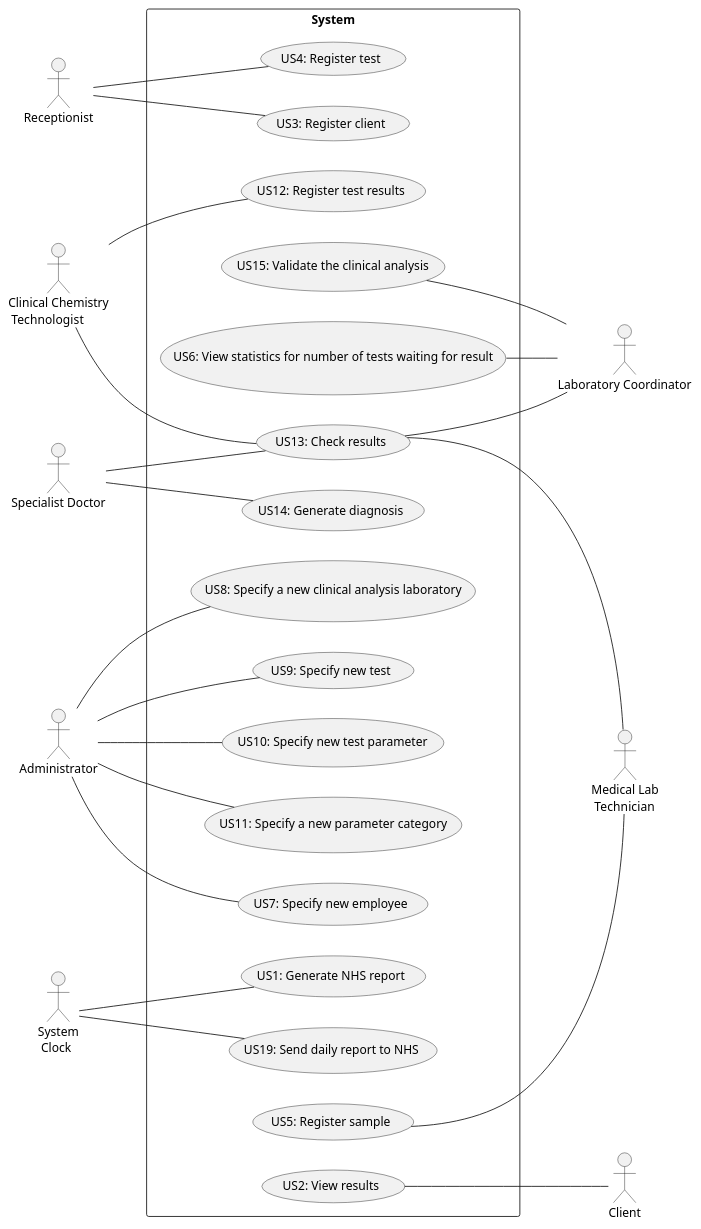
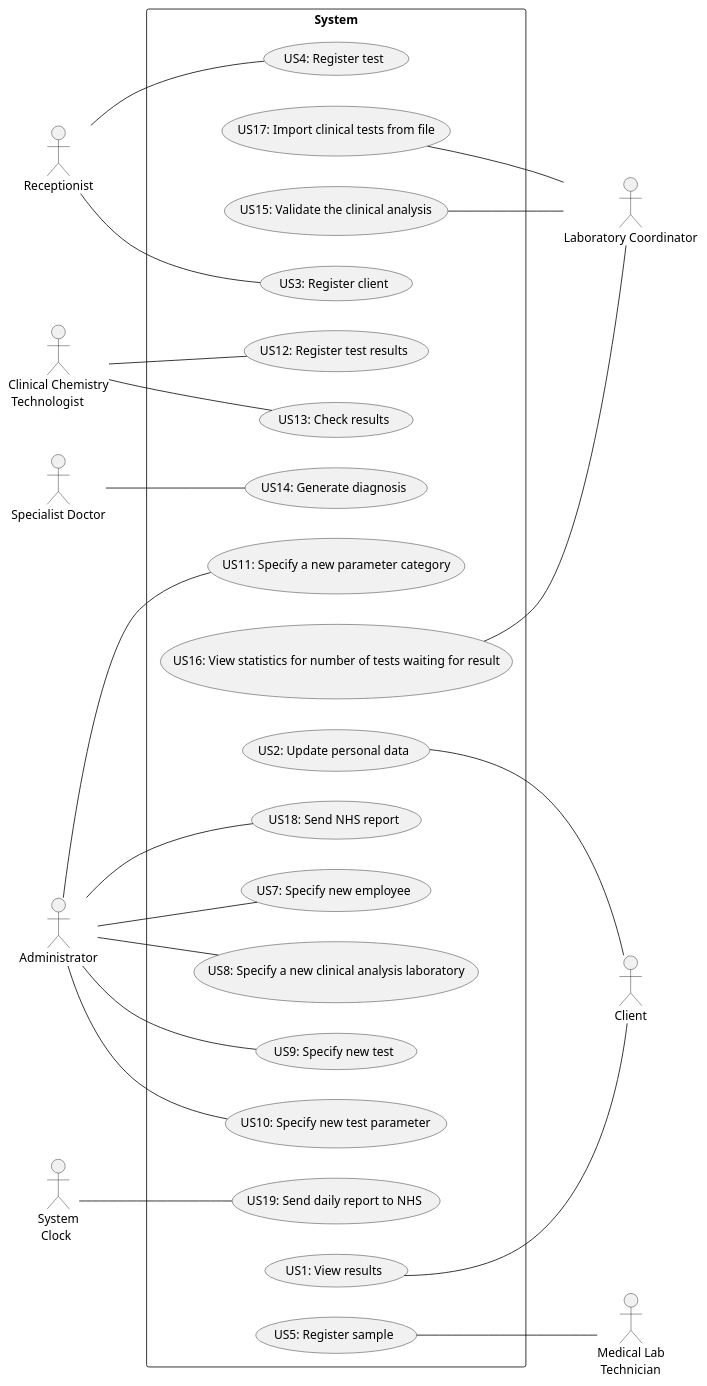
Before and after one commit to MadDinosaur/ISEP-LAPR2: the diagram in docs/SprintD/UCD.puml, drawn with PlantUML. The commit also changed 2 other files, not shown here.

```diff
--- a/docs/SprintD/UCD.puml
+++ b/docs/SprintD/UCD.puml
@@ -1,54 +1,55 @@
 @startuml
 
 left to right direction
 skinparam packageStyle rectangle
 'Actors
 :Receptionist:
 :Medical Lab\n Technician: as MLT
 :Clinical Chemistry\n Technologist: as CCT
 :Specialist Doctor: as Doctor
 :Laboratory Coordinator: as LC
 :Client:
 :Administrator:
 :System\n Clock: as Clock
 
 package System {
+    (US18: Send NHS report) as US22
+    (US17: Import clinical tests from file) as US21
+    (US2: Update personal data) as US20
     (US4: Register test) as US4
     (US3: Register client) as US3
     (US12: Register test results) as US12
     (US14: Generate diagnosis) as US14
-    (US1: Generate NHS report) as US1
     (US19: Send daily report to NHS) as US19
     (US15: Validate the clinical analysis) as US15
-    (US2: View results) as US2
+    (US1: View results) as US2
     (US13: Check results) as US13
     (US7: Specify new employee) as US7
     (US8: Specify a new clinical analysis laboratory) as US8
     (US9: Specify new test) as US9
     (US10: Specify new test parameter) as US10
     (US11: Specify a new parameter category) as US11
     (US5: Register sample) as US5
-    (US6: View statistics for number of tests waiting for result) as US6
+    (US16: View statistics for number of tests waiting for result) as US6
 }
 
 'Use Cases
 Receptionist -- US4
 Receptionist -- US3
 CCT -- US12
 CCT -- US13
 Doctor -- US14
-Doctor -- US13
 US15 -- LC
-US13 -- LC
+US21 -- LC
 US2 -- Client
+US20 -- Client
 US5 -- MLT
-US13 -- MLT
 Administrator -- US7
 Administrator -- US8
 Administrator -- US9
 Administrator -- US10
 Administrator -- US11
+Administrator -- US22
 US6 -- LC
-Clock -- US1
 Clock -- US19
 @enduml
```
